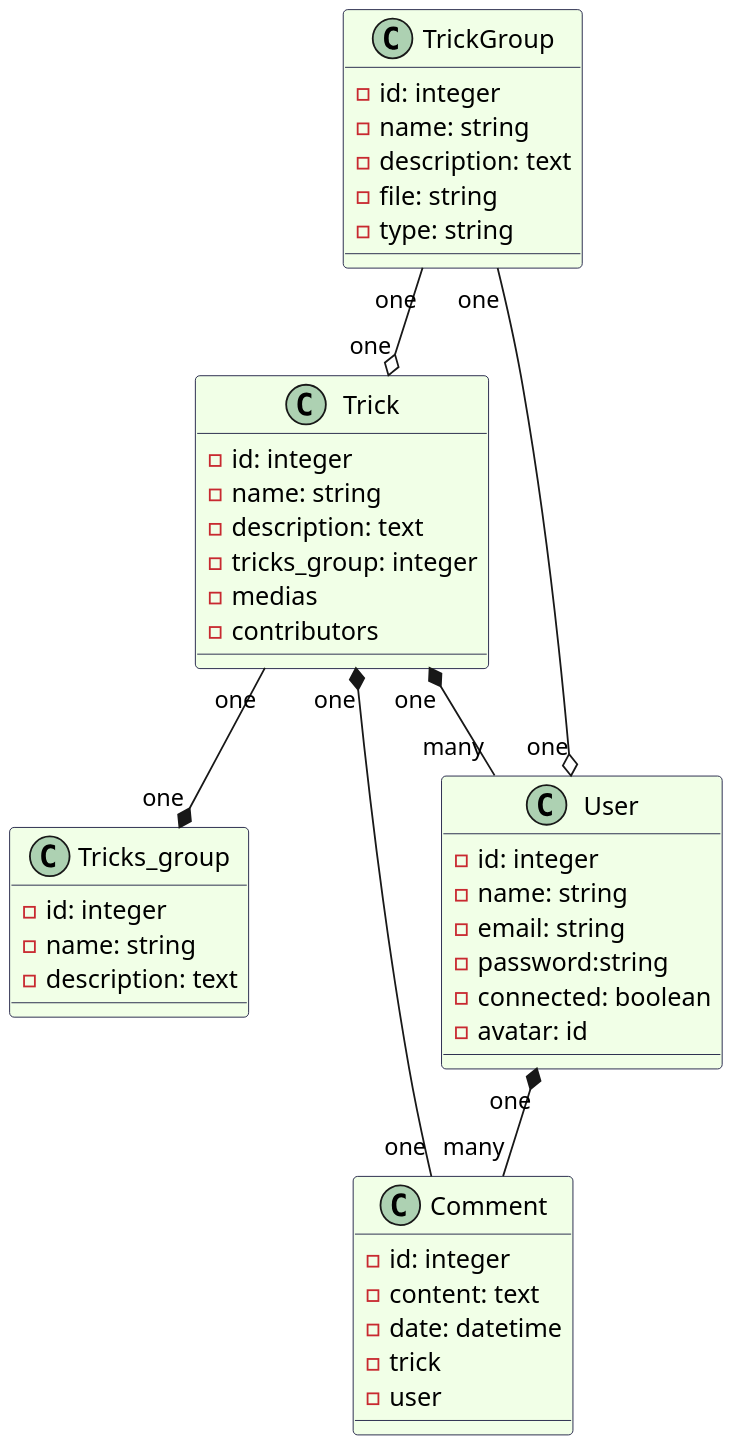
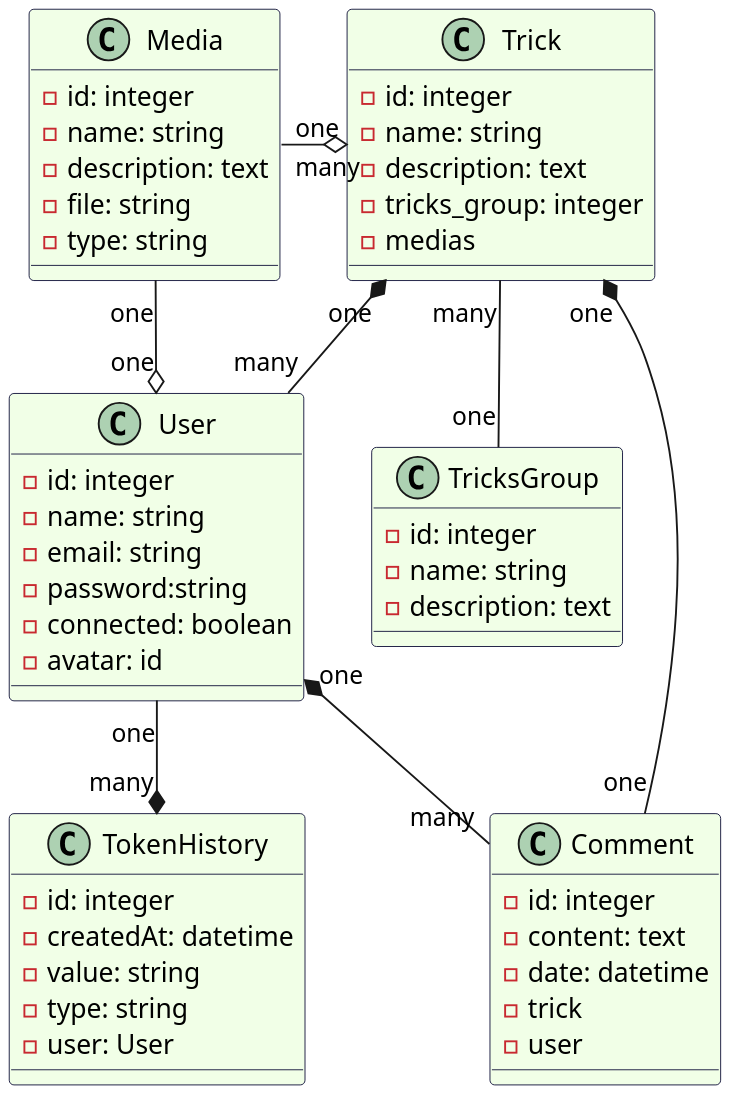
Before and after one commit to ArtGM/P6-snowtricks: the diagram in UML/class.wsd, drawn with PlantUML. The commit also changed 11 other files, not shown here.

Commit message:
Add Uml Diagrams

```diff
--- a/UML/class.wsd
+++ b/UML/class.wsd
@@ -1,50 +1,58 @@
 @startuml
 scale 800 width
 skinparam classBackgroundColor #f1ffe7
 skinparam classBorderColor #1a1b41
 Class Trick {
 -id: integer
 -name: string
 -description: text
 -tricks_group: integer
 -medias
--contributors
 }
-Class Tricks_group {
+Class TricksGroup {
   -id: integer
   -name: string
   -description: text
 }
-Class TrickGroup {
+Class Media {
   -id: integer
   -name: string
   -description: text
   -file: string
   -type: string
 }
 Class User {
   -id: integer
   -name: string
   -email: string
   -password:string
   -connected: boolean
   -avatar: id
 }
 Class Comment {
   -id: integer
   -content: text
   -date: datetime
   -trick
   -user
 }
+Class TokenHistory {
+  -id: integer
+  -createdAt: datetime
+  -value: string
+  -type: string
+  -user: User
+}
 
-TrickGroup  "one" --o  "one" User
-Trick  "one" --*  "one" Tricks_group
+
+Media "one" --o  "one" User
 Trick  "one" *--  "many" User
+Trick "many" -- "one" TricksGroup
 User  "one" *--  "many" Comment
-TrickGroup  "one" --o "one" Trick
+Media  "one" -o "many" Trick
 Comment "one" --* "one" Trick
+User "one" --* "many" TokenHistory
 
 
 
 @enduml
```
